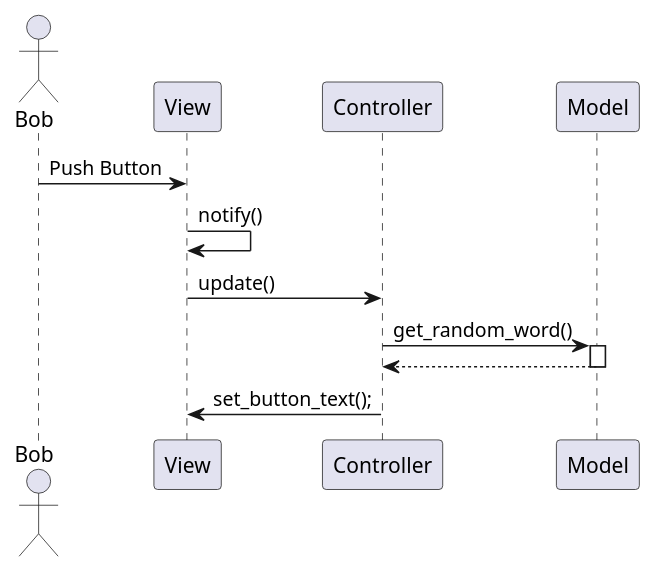
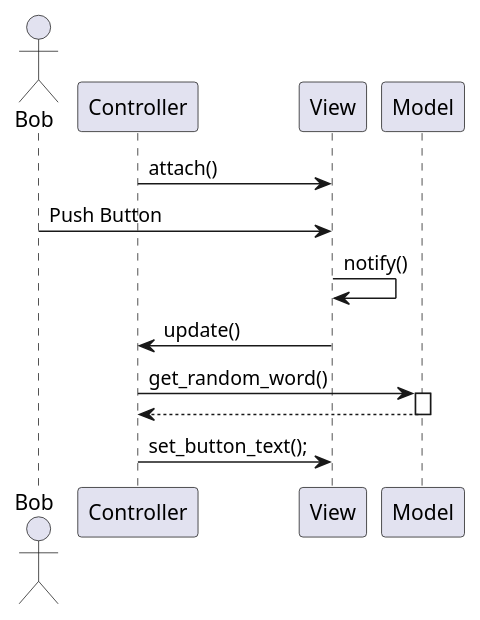
One commit to fhirter/Software-Engineering changed the diagram in Examples/Python/MVC_Observer/sequence_diagram.puml. Above: the diagram before and after it, drawn with PlantUML.

Commit message:
add attach() method to sequence diagram

```diff
--- a/Examples/Python/MVC_Observer/sequence_diagram.puml
+++ b/Examples/Python/MVC_Observer/sequence_diagram.puml
@@ -1,11 +1,12 @@
 @startuml
 actor Bob
 
+Controller -> View: attach()
 Bob -> View: Push Button
 View -> View: notify()
 View -> Controller: update()
 Controller -> Model ++ : get_random_word()
 Model --> Controller --
 Controller -> View: set_button_text();
 
 @enduml
```
